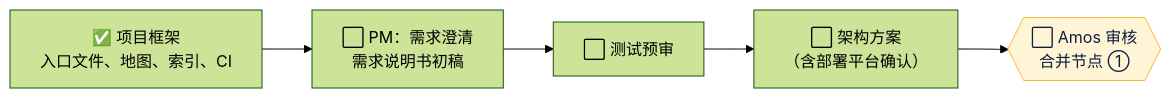
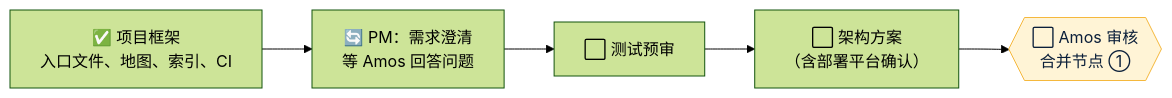
Before and after one commit to dollar3651314/auto-agent: the diagram in 项目地图.md, drawn with Mermaid (forest theme). The commit also changed other lines of this file and 4 other files, not shown here.

````diff
--- a/项目地图.md
+++ b/项目地图.md
@@ -12,10 +12,10 @@
 ```mermaid
 flowchart LR
-    A["✅ 项目框架<br/>入口文件、地图、索引、CI"] --> B["⬜ PM：需求澄清<br/>需求说明书初稿"]
+    A["✅ 项目框架<br/>入口文件、地图、索引、CI"] --> B["🔄 PM：需求澄清<br/>等 Amos 回答问题"]
     B --> C["⬜ 测试预审"]
     C --> D["⬜ 架构方案<br/>（含部署平台确认）"]
     D --> E{{"⬜ Amos 审核<br/>合并节点 ①"}}
 
     classDef amos fill:#FFF4D6,stroke:#F5B83D,color:#0B1F3A
     class E amos
 ```
````
